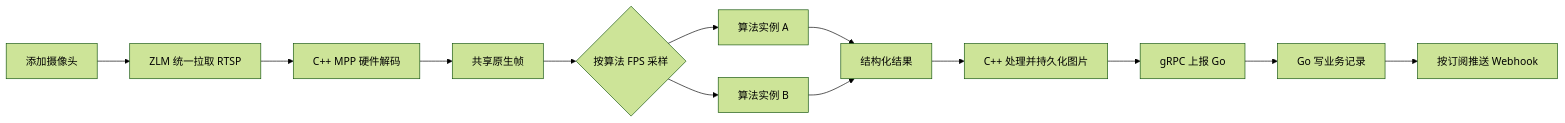
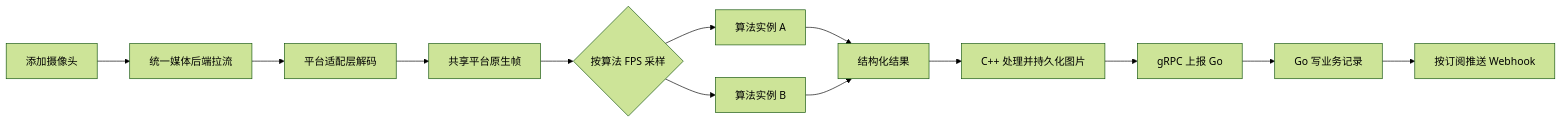
One commit to nikonikowuw/aivision changed the second of 5 diagrams in docs/prd/ai-video-analytics-edge-platform-v1.0.md. Above: the diagram before and after it, drawn with Mermaid (forest theme). The commit also changed other lines of this file, not shown here.

````diff
--- a/docs/prd/ai-video-analytics-edge-platform-v1.0.md
+++ b/docs/prd/ai-video-analytics-edge-platform-v1.0.md
@@ -661,15 +717,15 @@
 ```mermaid
 flowchart LR
-    A[添加摄像头] --> B[ZLM 统一拉取 RTSP]
-    B --> C[C++ MPP 硬件解码]
-    C --> D[共享原生帧]
+    A[添加摄像头] --> B[统一媒体后端拉流]
+    B --> C[平台适配层解码]
+    C --> D[共享平台原生帧]
     D --> E{按算法 FPS 采样}
     E --> F[算法实例 A]
     E --> G[算法实例 B]
     F --> H[结构化结果]
     G --> H
     H --> I[C++ 处理并持久化图片]
     I --> J[gRPC 上报 Go]
     J --> K[Go 写业务记录]
     K --> L[按订阅推送 Webhook]
 ```
````
